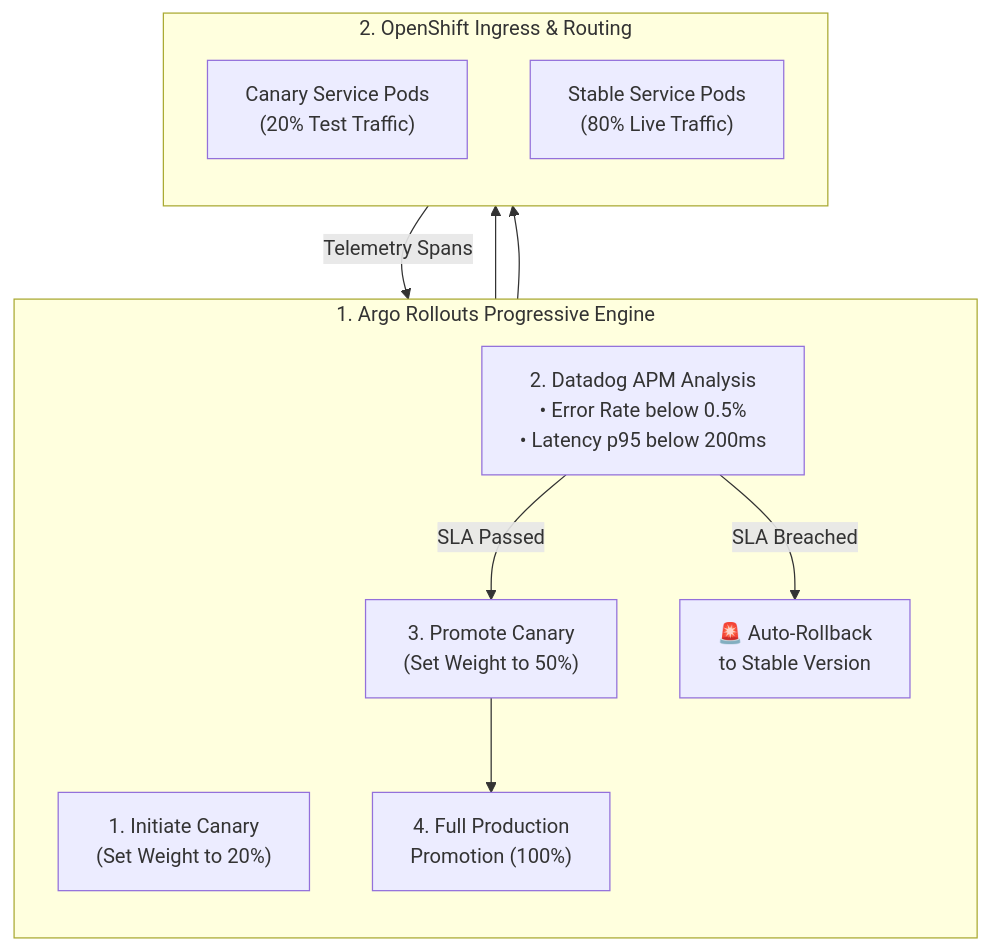
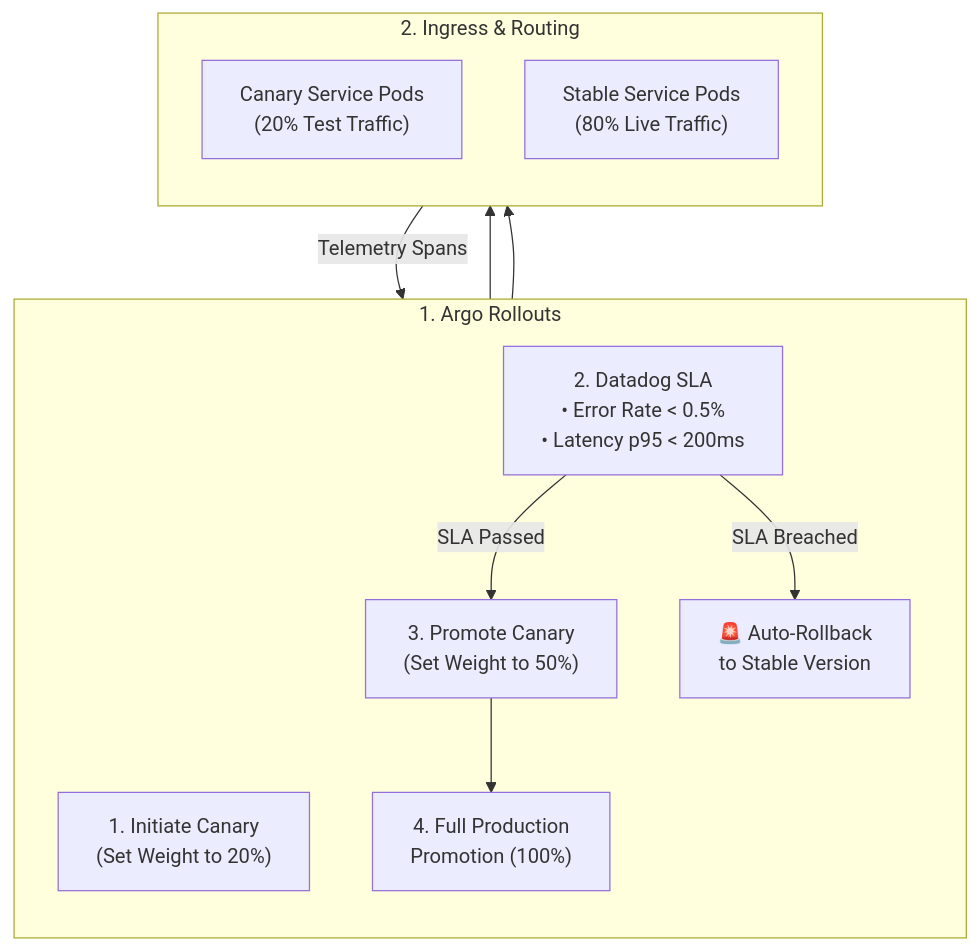
Before and after one commit to nubenetes/jenkins-without-git-parameter-bwce: diagram 14 of 15 in README.md, drawn with Mermaid. The commit also changed other lines of this file, not shown here.

Commit message:
fix(mermaid): enforce hard 20-char line limit on all diagram nodes to permanently prevent text clipping on GitHub

````diff
--- a/README.md
+++ b/README.md
@@ -843,24 +842,24 @@
 ```mermaid
 flowchart TB
-    subgraph RolloutController["1. Argo Rollouts Progressive Engine"]
+    subgraph RolloutController["1. Argo Rollouts"]
         direction TB
         Step1["1. Initiate Canary<br/>(Set Weight to 20%)"]
-        Step2["2. Datadog APM Analysis<br/>• Error Rate below 0.5%<br/>• Latency p95 below 200ms"]
+        Step2["2. Datadog SLA<br/>• Error Rate < 0.5%<br/>• Latency p95 < 200ms"]
         Step3["3. Promote Canary<br/>(Set Weight to 50%)"]
         Step4["4. Full Production<br/>Promotion (100%)"]
         Abort["🚨 Auto-Rollback<br/>to Stable Version"]
     end
 
-    subgraph RoutingLayer["2. OpenShift Ingress & Routing"]
+    subgraph RoutingLayer["2. Ingress & Routing"]
         direction TB
         CanaryService["Canary Service Pods<br/>(20% Test Traffic)"]
         StableService["Stable Service Pods<br/>(80% Live Traffic)"]
     end
 
     Step1 --> CanaryService
     Step1 --> StableService
     CanaryService -->|"Telemetry Spans"| Step2
     Step2 -->|"SLA Passed"| Step3
     Step2 -->|"SLA Breached"| Abort
     Step3 --> Step4
 ```
````
